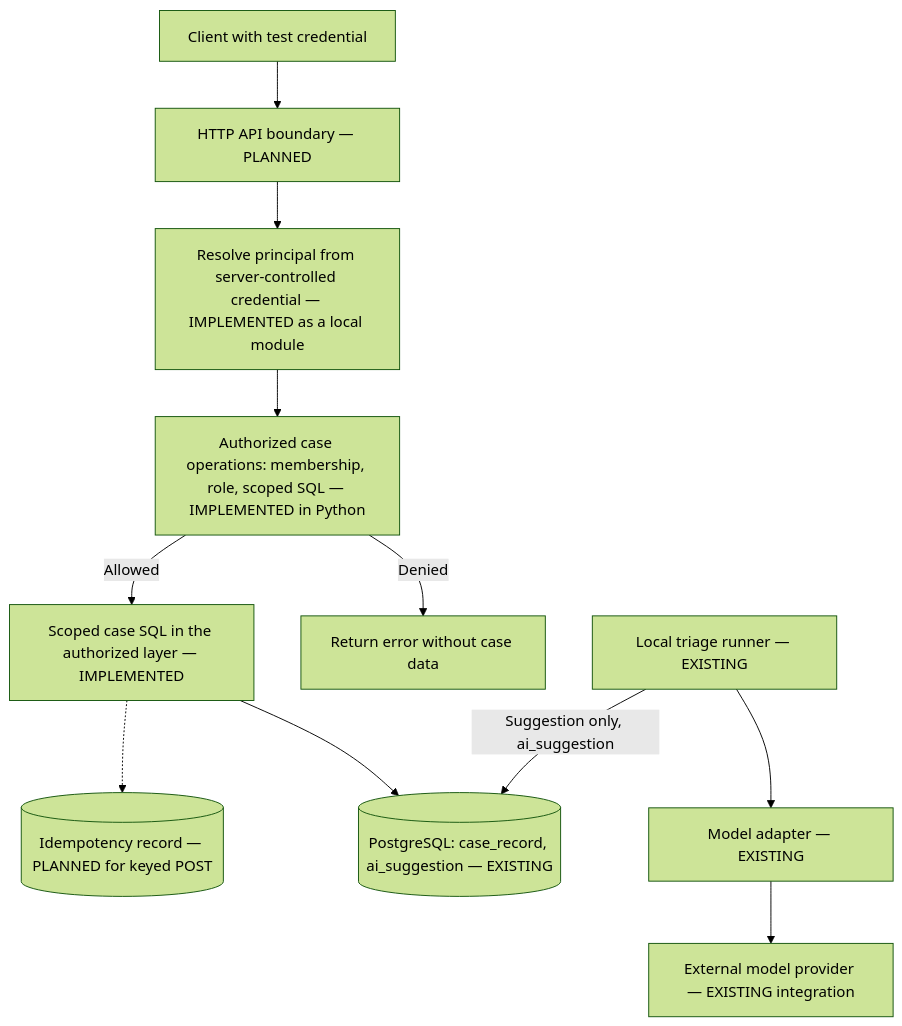
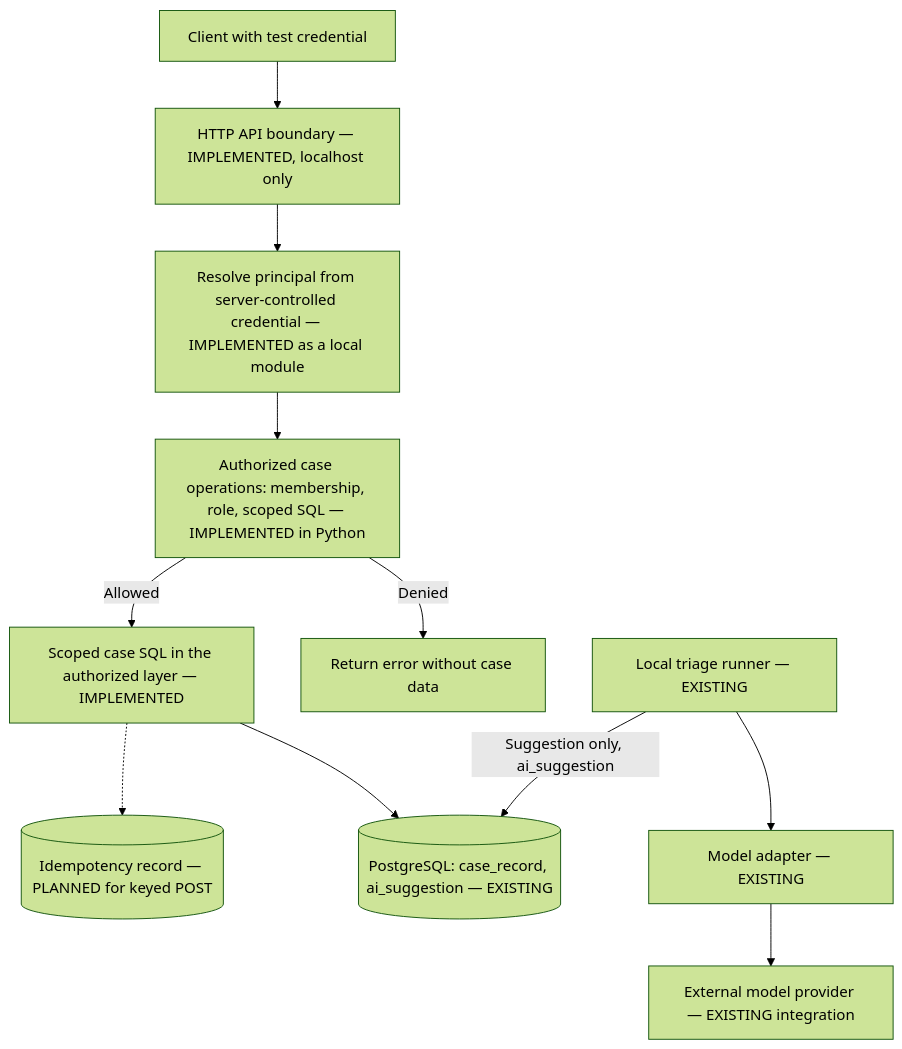
Before and after one commit to asadhanif3188/Enterprise-AI-Service-Operations: the diagram in docs/api-contract.md, drawn with Mermaid (forest theme). The commit also changed other lines of this file and 15 other files, not shown here.

First line of the commit message:
feat: expose authorized case operations through local HTTP API

````diff
--- a/docs/api-contract.md
+++ b/docs/api-contract.md
@@ -53,13 +69,13 @@
 ```mermaid
 flowchart TD
-    U[Client with test credential] --> A[HTTP API boundary — PLANNED]
+    U[Client with test credential] --> A[HTTP API boundary — IMPLEMENTED, localhost only]
     A --> I[Resolve principal from server-controlled credential — IMPLEMENTED as a local module]
     I --> P[Authorized case operations: membership, role, scoped SQL — IMPLEMENTED in Python]
     P -->|Denied| D[Return error without case data]
     P -->|Allowed| S[Scoped case SQL in the authorized layer — IMPLEMENTED]
     S --> DB[(PostgreSQL: case_record, ai_suggestion — EXISTING)]
     S -.-> H[(Idempotency record — PLANNED for keyed POST)]
     R[Local triage runner — EXISTING] --> M[Model adapter — EXISTING]
     M --> X[External model provider — EXISTING integration]
     R -->|Suggestion only, ai_suggestion| DB
 ```
````
